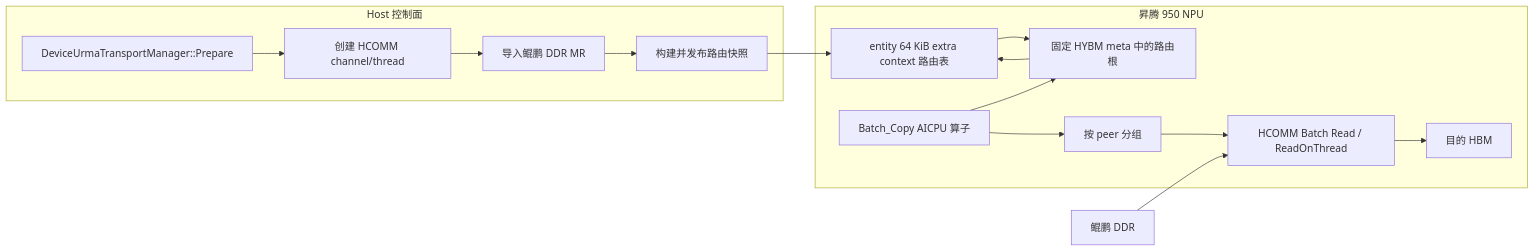
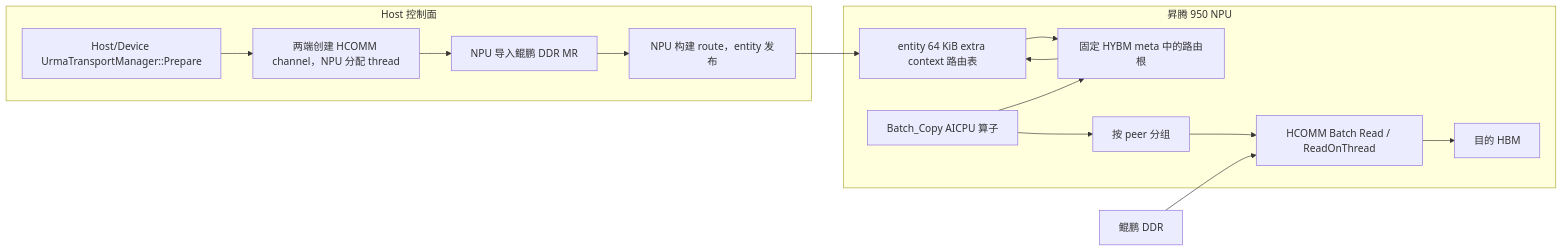
One commit to NoCoder0/memfabric_hybrid changed the first of 4 diagrams in doc/batch_copy_aicpu_urma_design.md. Above: the diagram before and after it, drawn with Mermaid. The commit also changed other lines of this file and 1 other file, not shown here.

````diff
--- a/doc/batch_copy_aicpu_urma_design.md
+++ b/doc/batch_copy_aicpu_urma_design.md
@@ -82,25 +82,25 @@
 ```mermaid
 flowchart LR
     subgraph Host["Host 控制面"]
-        P["DeviceUrmaTransportManager::Prepare"]
-        C["创建 HCOMM channel/thread"]
-        I["导入鲲鹏 DDR MR"]
-        B["构建并发布路由快照"]
+        P["Host/Device UrmaTransportManager::Prepare"]
+        C["两端创建 HCOMM channel，NPU 分配 thread"]
+        I["NPU 导入鲲鹏 DDR MR"]
+        B["NPU 构建 route，entity 发布"]
     end
 
     subgraph NPU["昇腾 950 NPU"]
         T["entity 64 KiB extra context 路由表"]
         R["固定 HYBM meta 中的路由根"]
         O["Batch_Copy AICPU 算子"]
         G["按 peer 分组"]
         H["HCOMM Batch Read / ReadOnThread"]
         D["目的 HBM"]
     end
 
     K["鲲鹏 DDR"]
 
     P --> C --> I --> B --> T --> R
     O --> R --> T
     O --> G --> H
     K --> H --> D
 ```
````
